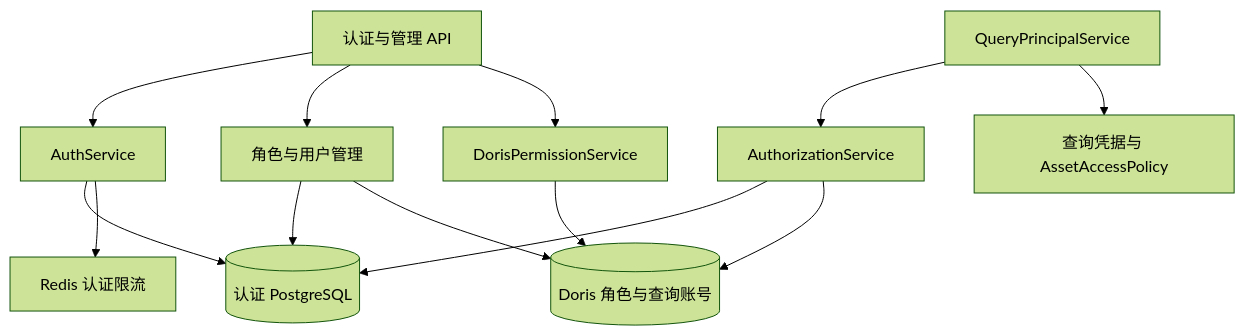
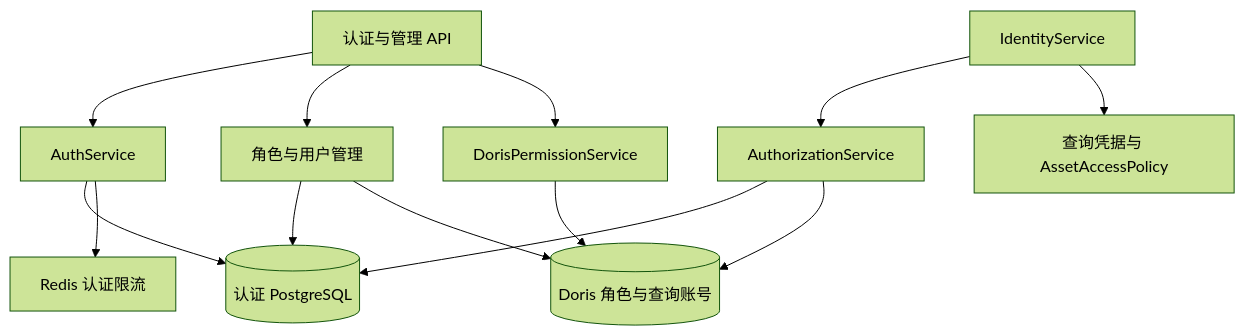
Before and after one commit to 2739673455/dataagent: the diagram in docs/02_认证与授权.md, drawn with Mermaid (forest theme). The commit also changed other lines of this file and 257 other files, not shown here.

````diff
--- a/docs/02_认证与授权.md
+++ b/docs/02_认证与授权.md
@@ -7,15 +9,15 @@
 ```mermaid
 flowchart TD
     API[认证与管理 API] --> AUTH[AuthService]
     API --> ROLES[角色与用户管理]
     API --> PERM[DorisPermissionService]
     AUTH --> PG[(认证 PostgreSQL)]
     AUTH --> RATE[Redis 认证限流]
     ROLES --> PG
     ROLES --> DORIS[(Doris 角色与查询账号)]
     PERM --> DORIS
-    PRINCIPAL[QueryPrincipalService] --> POLICY[AuthorizationService]
+    PRINCIPAL[IdentityService] --> POLICY[AuthorizationService]
     POLICY --> PG
     POLICY --> DORIS
     PRINCIPAL --> RESULT[查询凭据与 AssetAccessPolicy]
 ```
````
